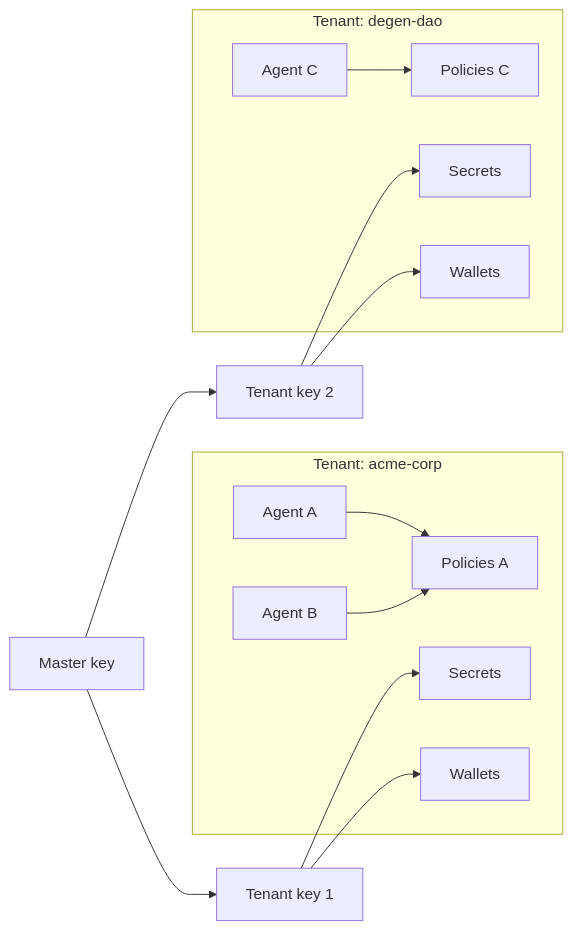
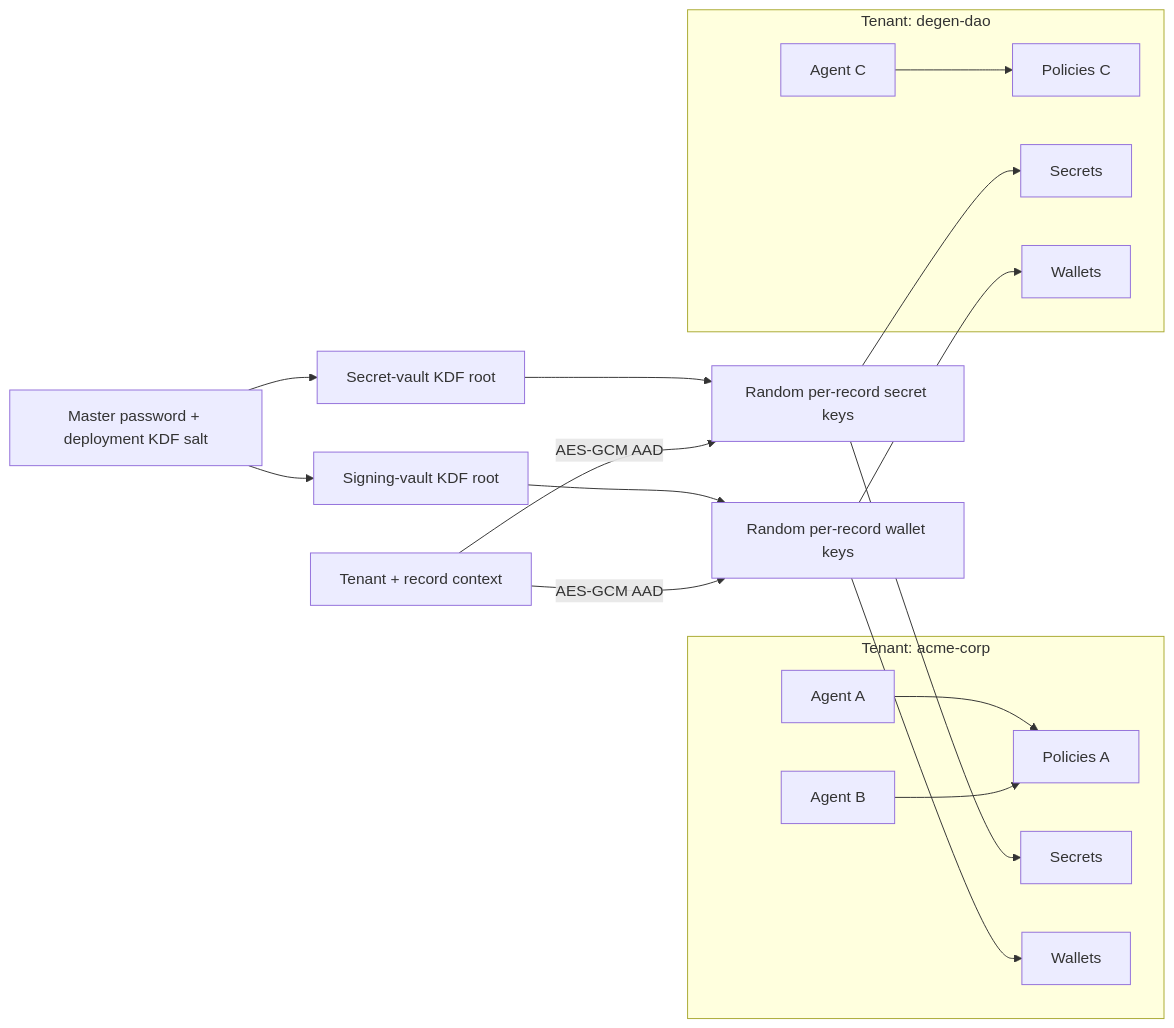
The fifth of 5 diagrams in docs/concepts/architecture.mdx (Steward-Fi/steward), drawn with Mermaid before and after one commit. The commit also changed other lines of this file, not shown here.

Commit message:
docs(architecture): describe current isolation boundaries

````diff
--- a/docs/concepts/architecture.mdx
+++ b/docs/concepts/architecture.mdx
@@ -153,22 +153,26 @@
 ```mermaid
 flowchart LR
     subgraph T1["Tenant: acme-corp"]
         A1["Agent A"] --> P1["Policies A"]
         A2["Agent B"] --> P1
         S1["Secrets"]
         W1["Wallets"]
     end
 
     subgraph T2["Tenant: degen-dao"]
         A3["Agent C"] --> P2["Policies C"]
         S2["Secrets"]
         W2["Wallets"]
     end
 
-    MK["Master key"] --> TK1["Tenant key 1"]
-    MK --> TK2["Tenant key 2"]
-    TK1 --> S1
-    TK1 --> W1
-    TK2 --> S2
-    TK2 --> W2
+    MP["Master password + deployment KDF salt"] --> SK["Signing-vault KDF root"]
+    MP --> SV["Secret-vault KDF root"]
+    SK --> WK["Random per-record wallet keys"]
+    SV --> CK["Random per-record secret keys"]
+    TC["Tenant + record context"] -->|"AES-GCM AAD"| WK
+    TC -->|"AES-GCM AAD"| CK
+    WK --> W1
+    WK --> W2
+    CK --> S1
+    CK --> S2
 ```
````
